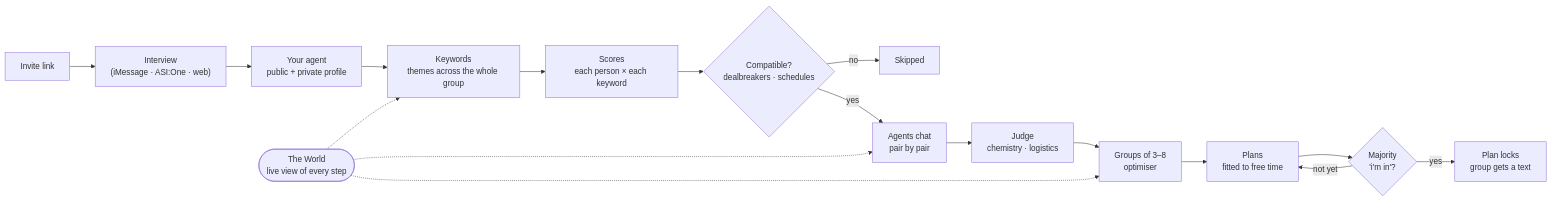
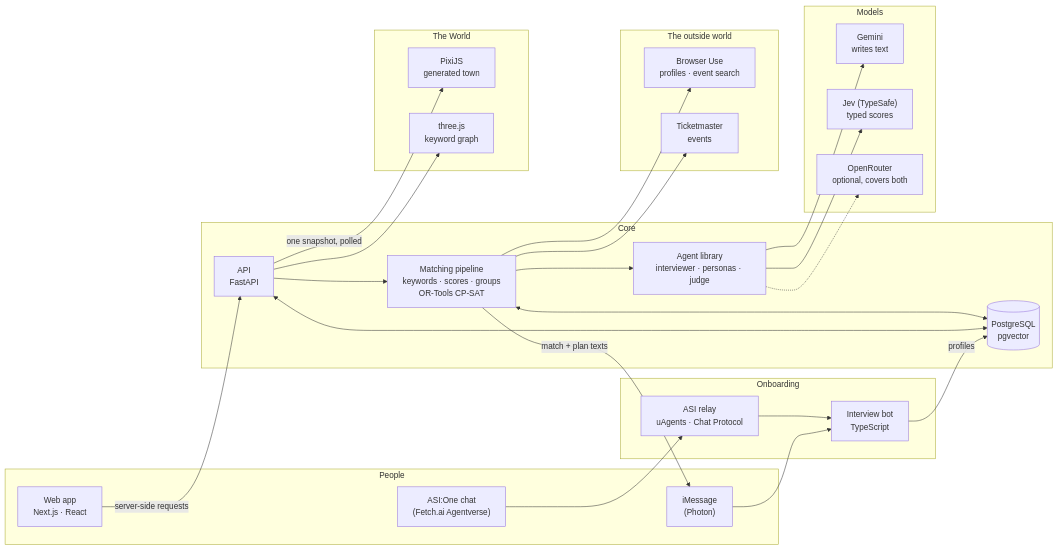
One commit to cng04/unif.ai changed the diagram in README.md. Above: the diagram before and after it, drawn with Mermaid. The commit also changed other lines of this file and 1 other file, not shown here.

Commit message:
README: stack and tools flowchart; gitignore internal sponsor notes

````diff
--- a/README.md
+++ b/README.md
@@ -28,20 +30,52 @@
 ```mermaid
 flowchart LR
-    A["Invite link"] --> B["Interview<br/>(iMessage · ASI:One · web)"]
-    B --> C["Your agent<br/>public + private profile"]
-    C --> D["Keywords<br/>themes across the whole group"]
-    D --> E["Scores<br/>each person × each keyword"]
-    E --> F{"Compatible?<br/>dealbreakers · schedules"}
-    F -- no --> X["Skipped"]
-    F -- yes --> G["Agents chat<br/>pair by pair"]
-    G --> H["Judge<br/>chemistry · logistics"]
-    H --> I["Groups of 3–8<br/>optimiser"]
-    I --> J["Plans<br/>fitted to free time"]
-    J --> K{"Majority<br/>'i'm in'?"}
-    K -- yes --> L["Plan locks<br/>group gets a text"]
-    K -- not yet --> J
+    subgraph People["People"]
+        IM["iMessage<br/>(Photon)"]
+        ASI["ASI:One chat<br/>(Fetch.ai Agentverse)"]
+        WEB["Web app<br/>Next.js · React"]
+    end
 
-    W(["The World<br/>live view of every step"]) -.-> D
-    W -.-> G
-    W -.-> I
+    subgraph Onboard["Onboarding"]
+        RELAY["ASI relay<br/>uAgents · Chat Protocol"]
+        BOT["Interview bot<br/>TypeScript"]
+    end
+
+    subgraph Core["Core"]
+        API["API<br/>FastAPI"]
+        PIPE["Matching pipeline<br/>keywords · scores · groups<br/>OR-Tools CP-SAT"]
+        AG["Agent library<br/>interviewer · personas · judge"]
+        DB[("PostgreSQL<br/>pgvector")]
+    end
+
+    subgraph Models["Models"]
+        GEM["Gemini<br/>writes text"]
+        JEV["Jev (TypeSafe)<br/>typed scores"]
+        OR["OpenRouter<br/>optional, covers both"]
+    end
+
+    subgraph World["The World"]
+        PIXI["PixiJS<br/>generated town"]
+        G3D["three.js<br/>keyword graph"]
+    end
+
+    subgraph Outside["The outside world"]
+        BU["Browser Use<br/>profiles · event search"]
+        TM["Ticketmaster<br/>events"]
+    end
+
+    IM --> BOT
+    ASI --> RELAY --> BOT
+    BOT -->|profiles| DB
+    WEB -->|server-side requests| API
+    API <--> DB
+    API --> PIPE --> AG
+    PIPE <--> DB
+    AG --> GEM
+    AG --> JEV
+    AG -.-> OR
+    PIPE --> BU
+    PIPE --> TM
+    PIPE -->|"match + plan texts"| IM
+    API -->|"one snapshot, polled"| PIXI
+    API --> G3D
 ```
````
